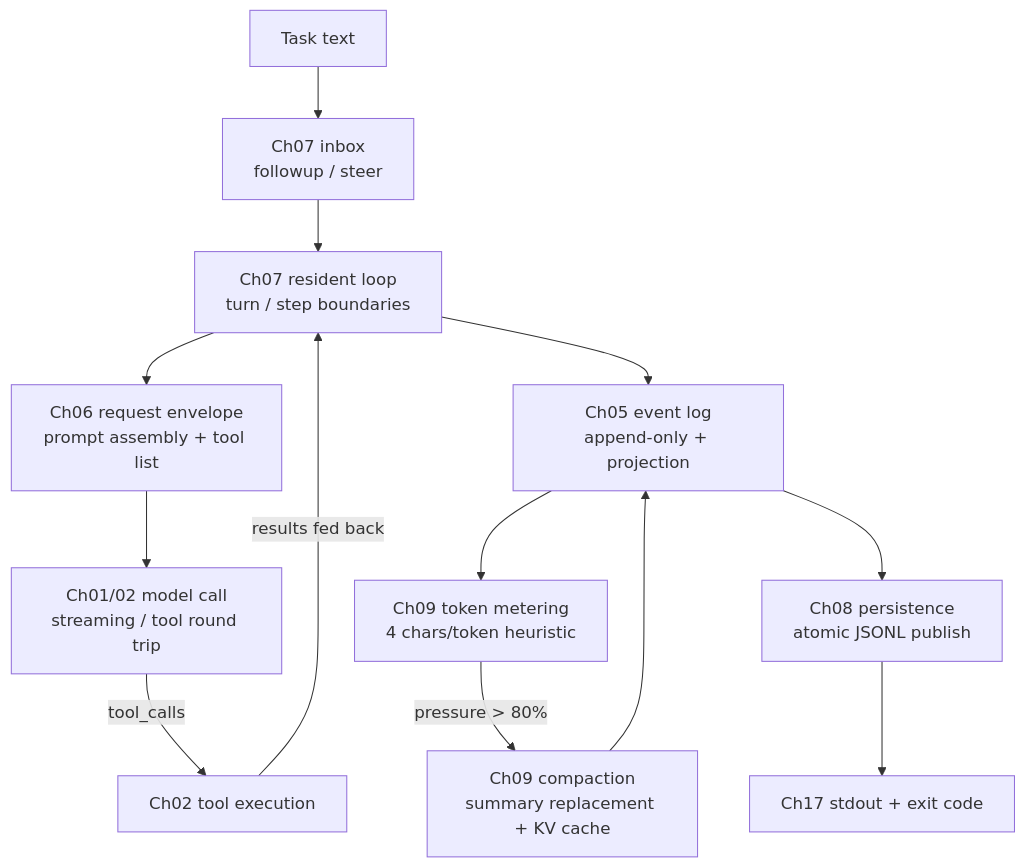
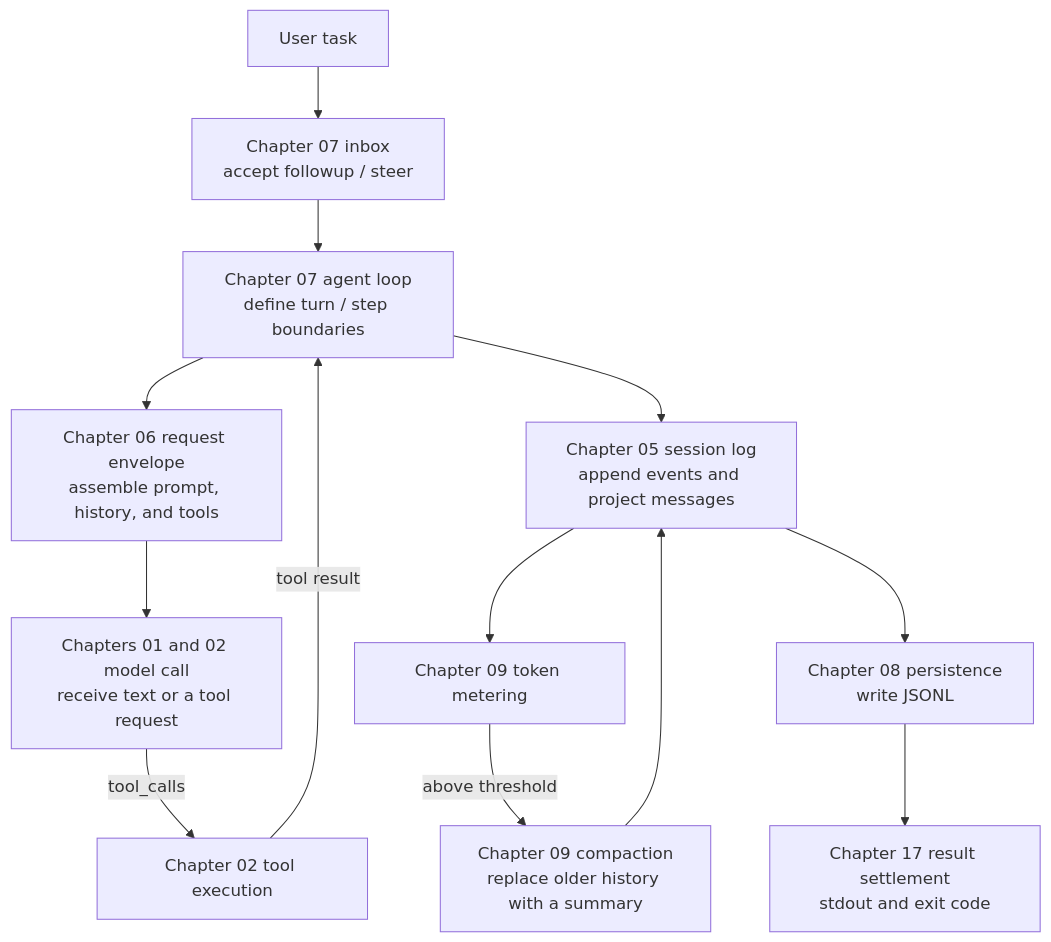
Before and after one commit to warmsum/mini-harness: the diagram in README_EN.md, drawn with Mermaid. The commit also changed other lines of this file and 18 other files, not shown here.

````diff
--- a/README_EN.md
+++ b/README_EN.md
@@ -92,15 +135,15 @@
 ```mermaid
 flowchart TB
-    TASK[Task text] --> INBOX[Ch07 inbox<br>followup / steer]
-    INBOX --> LOOP[Ch07 resident loop<br>turn / step boundaries]
-    LOOP --> ENV[Ch06 request envelope<br>prompt assembly + tool list]
-    ENV --> CALL[Ch01/02 model call<br>streaming / tool round trip]
-    CALL -->|tool_calls| TOOLS[Ch02 tool execution]
-    TOOLS -->|results fed back| LOOP
-    LOOP --> LOG[Ch05 event log<br>append-only + projection]
-    LOG --> METER[Ch09 token metering<br>4 chars/token heuristic]
-    METER -->|pressure > 80%| COMPACT[Ch09 compaction<br>summary replacement + KV cache]
+    TASK[User task] --> INBOX[Chapter 07 inbox<br>accept followup / steer]
+    INBOX --> LOOP[Chapter 07 agent loop<br>define turn / step boundaries]
+    LOOP --> ENV[Chapter 06 request envelope<br>assemble prompt, history, and tools]
+    ENV --> CALL[Chapters 01 and 02 model call<br>receive text or a tool request]
+    CALL -->|tool_calls| TOOLS[Chapter 02 tool execution]
+    TOOLS -->|tool result| LOOP
+    LOOP --> LOG[Chapter 05 session log<br>append events and project messages]
+    LOG --> METER[Chapter 09 token metering]
+    METER -->|above threshold| COMPACT[Chapter 09 compaction<br>replace older history with a summary]
     COMPACT --> LOG
-    LOG --> PERSIST[Ch08 persistence<br>atomic JSONL publish]
-    PERSIST --> OUT[Ch17 stdout + exit code]
+    LOG --> PERSIST[Chapter 08 persistence<br>write JSONL]
+    PERSIST --> OUT[Chapter 17 result settlement<br>stdout and exit code]
 ```
````
